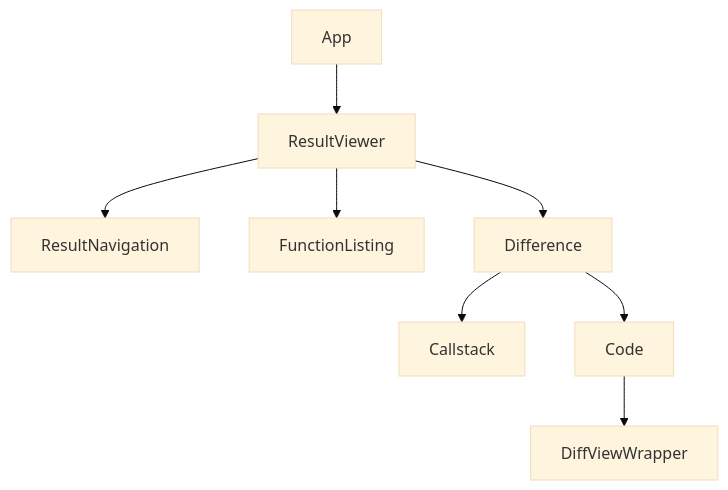
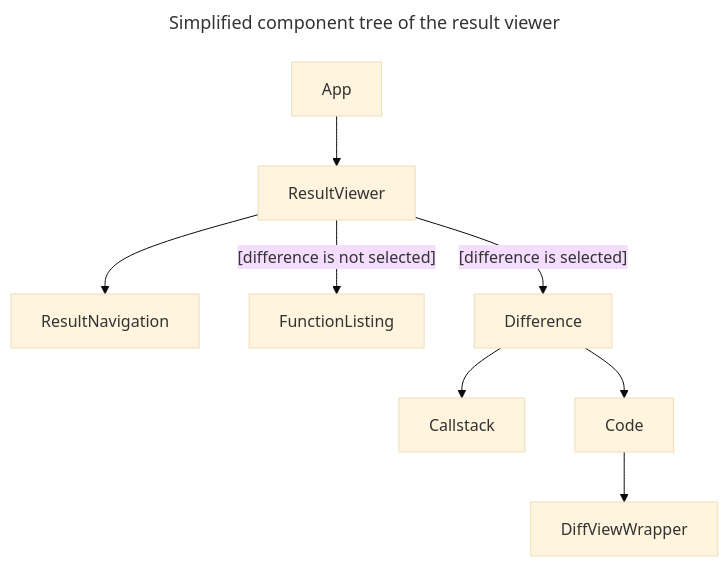
Before and after one commit to PLukas2018/diffkemp: the tenth of 10 diagrams in docs/architecture.md, drawn with Mermaid (base theme). The commit also changed other lines of this file, not shown here.

Commit message:
result visualisation

````diff
--- a/docs/architecture.md
+++ b/docs/architecture.md
@@ -440,10 +464,13 @@
 ```mermaid
+---
+title: Simplified component tree of the result viewer
+---
 flowchart TD
-    App --> ResultViewer
-    ResultViewer --> ResultNavigation
-    ResultViewer --> FunctionListing
-    ResultViewer --> Difference
-    Difference --> Callstack
-    Difference --> Code
-    Code --> DiffViewWrapper
-```
+  App --> ResultViewer
+  ResultViewer --> ResultNavigation
+  ResultViewer -- [difference is not selected] --> FunctionListing
+  ResultViewer -- [difference is selected] --> Difference
+  Difference --> Callstack
+  Difference --> Code
+  Code --> DiffViewWrapper
+```   
````
